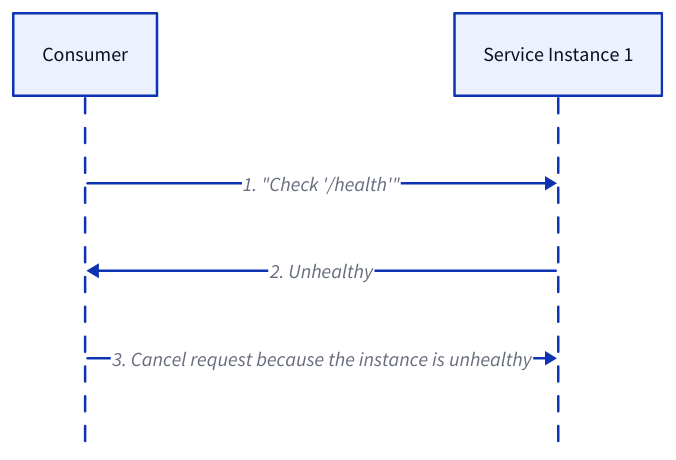
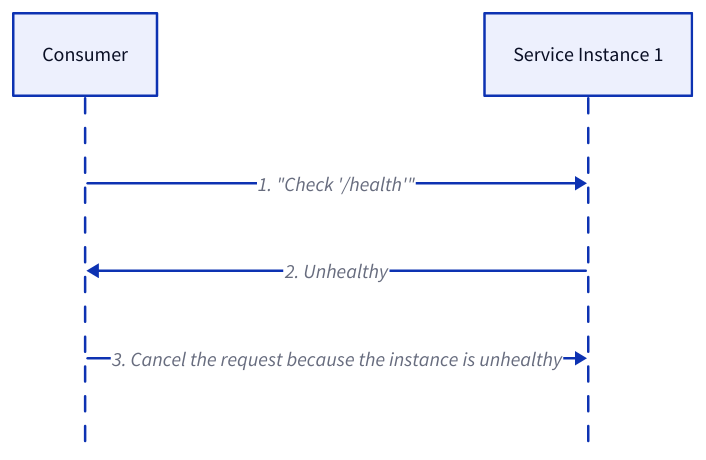
The third of 14 diagrams in content/docs/web-service/service-cluster.md (link1905/system-design-101), drawn with D2 before and after one commit. The commit also changed other lines of this file and 14 other files, not shown here.

````diff
--- a/content/docs/web-service/service-cluster.md
+++ b/content/docs/web-service/service-cluster.md
@@ -74,12 +74,14 @@
 ```d2
 shape: sequence_diagram
 client: Consumer {
   class: client
 }
 service: Service Instance 1 {
   class: server
 }
 client -> service: 1. "Check '/health'"
-service -> client: 2. Unhealthy
-client -> service: 3. Cancel request because the instance is unhealthy
+service -> client: 2. Unhealthy {
+  class: error-conn
+}
+client -> service: 3. Cancel the request because the instance is unhealthy
 ```
````
